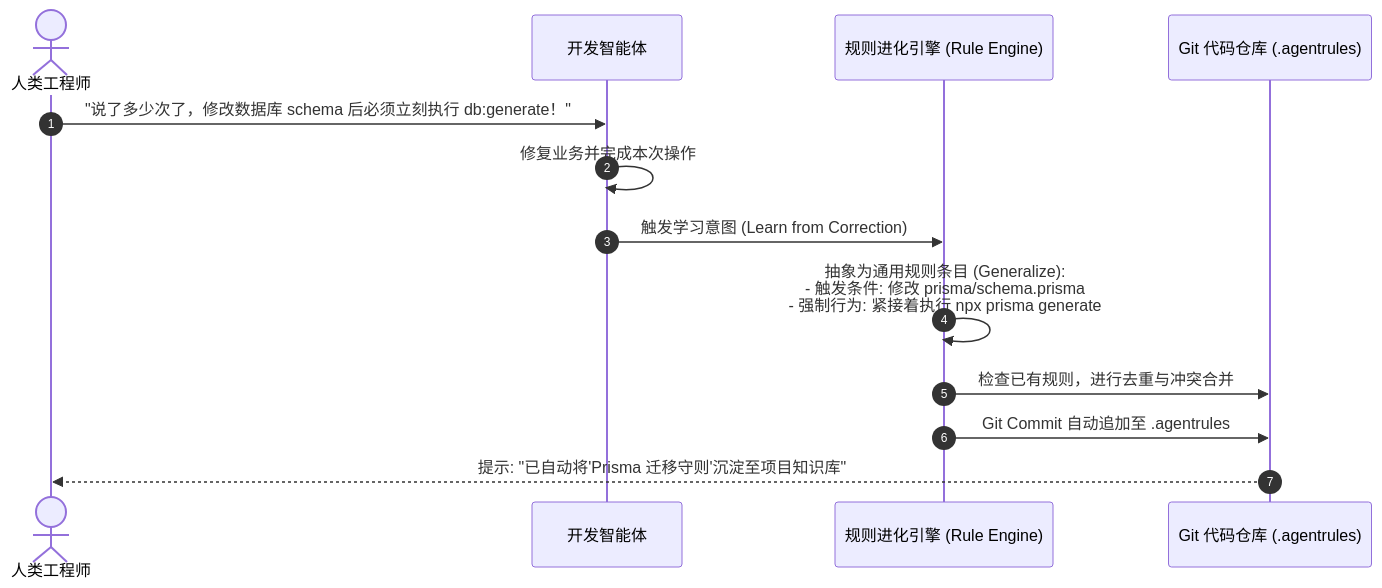
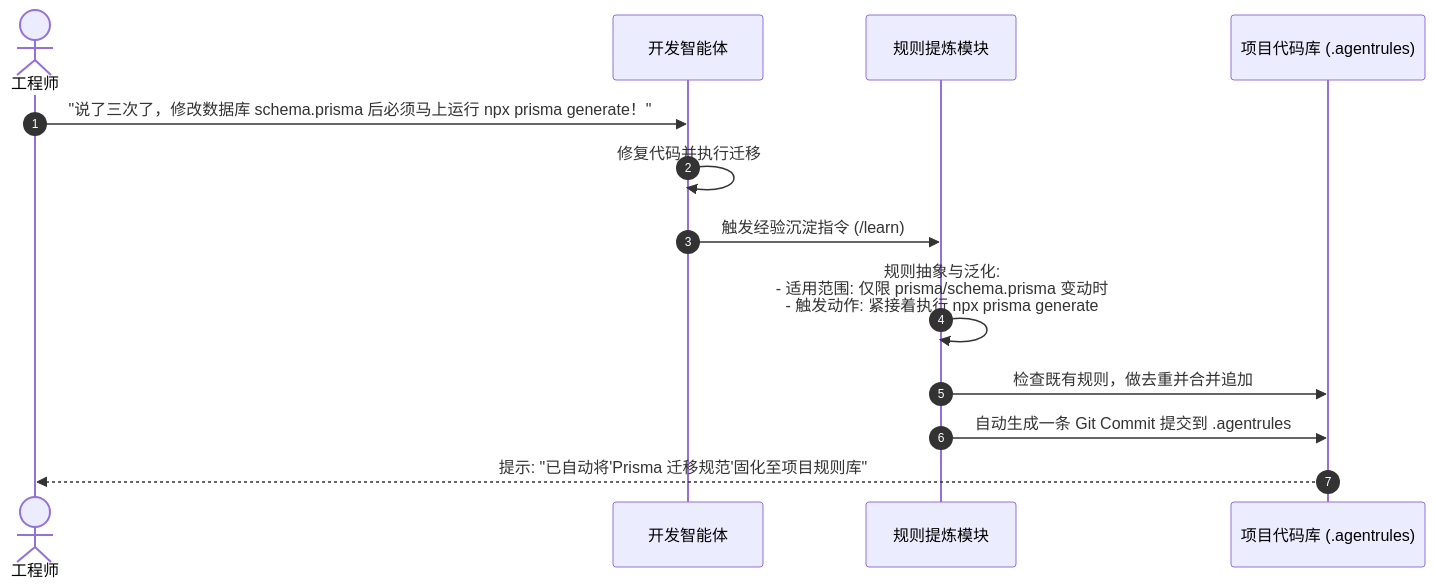
One commit to ljh12138164/ai-agent-study changed the second of 3 diagrams in app/ch09-evolution/02-evolving-rules-and-skills/page.mdx. Above: the diagram before and after it, drawn with Mermaid. The commit also changed other lines of this file and 43 other files, not shown here.

````diff
--- a/app/ch09-evolution/02-evolving-rules-and-skills/page.mdx
+++ b/app/ch09-evolution/02-evolving-rules-and-skills/page.mdx
@@ -33,18 +31,18 @@
 ```mermaid
 sequenceDiagram
     autonumber
-    actor Developer as 人类工程师
+    actor Dev as 工程师
     participant Agent as 开发智能体
-    participant RuleEngine as 规则进化引擎 (Rule Engine)
-    participant ProjectRepo as Git 代码仓库 (.agentrules)
+    participant RuleEngine as 规则提炼模块
+    participant Git as 项目代码库 (.agentrules)
 
-    Developer->>Agent: "说了多少次了，修改数据库 schema 后必须立刻执行 db:generate！"
-    Agent->>Agent: 修复业务并完成本次操作
+    Dev->>Agent: "说了三次了，修改数据库 schema.prisma 后必须马上运行 npx prisma generate！"
+    Agent->>Agent: 修复代码并执行迁移
     
-    Agent->>RuleEngine: 触发学习意图 (Learn from Correction)
-    RuleEngine->>RuleEngine: 抽象为通用规则条目 (Generalize):<br/>- 触发条件: 修改 prisma/schema.prisma<br/>- 强制行为: 紧接着执行 npx prisma generate
+    Agent->>RuleEngine: 触发经验沉淀指令 (/learn)
+    RuleEngine->>RuleEngine: 规则抽象与泛化:<br/>- 适用范围: 仅限 prisma/schema.prisma 变动时<br/>- 触发动作: 紧接着执行 npx prisma generate
     
-    RuleEngine->>ProjectRepo: 检查已有规则，进行去重与冲突合并
-    RuleEngine->>ProjectRepo: Git Commit 自动追加至 .agentrules
-    ProjectRepo-->>Developer: 提示: "已自动将'Prisma 迁移守则'沉淀至项目知识库"
+    RuleEngine->>Git: 检查既有规则，做去重并合并追加
+    RuleEngine->>Git: 自动生成一条 Git Commit 提交到 .agentrules
+    Git-->>Dev: 提示: "已自动将'Prisma 迁移规范'固化至项目规则库"
 ```
````
